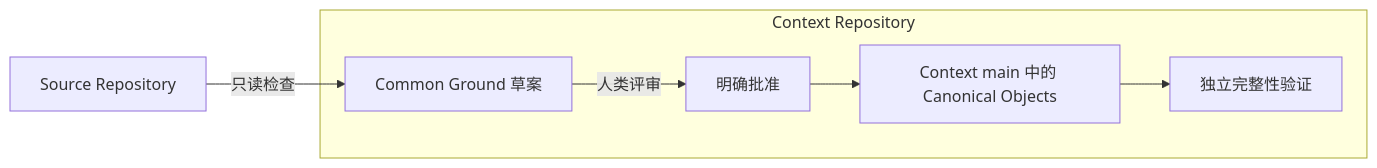
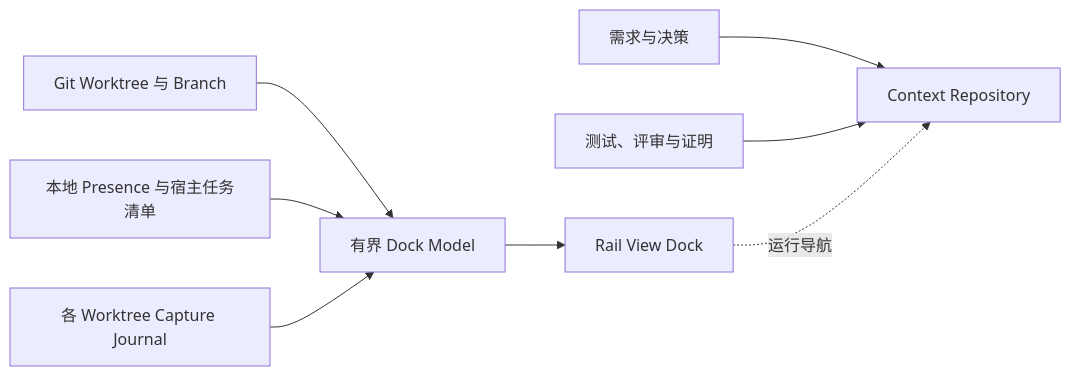
One commit to DylanZhangzzz/DevMap changed the diagram in README.zh-CN.md. Above: the diagram before and after it, drawn with Mermaid. The commit also changed other lines of this file and 1 other file, not shown here.

````diff
--- a/README.zh-CN.md
+++ b/README.zh-CN.md
@@ -47,14 +49,12 @@
 ```mermaid
 flowchart LR
-    S[Source Repository] -->|只读检查| D[Common Ground 草案]
-    D -->|人类评审| A[明确批准]
-    A --> C[Context main 中的 Canonical Objects]
-    C --> V[独立完整性验证]
+    G[Git Worktree 与 Branch] --> M[有界 Dock Model]
+    P[本地 Presence 与宿主任务清单] --> M
+    J[各 Worktree Capture Journal] --> M
+    M --> D[Rail View Dock]
 
-    subgraph Context Repository
-        D
-        A
-        C
-        V
-    end
+    R[需求与决策] --> C[Context Repository]
+    E[测试、评审与证明] --> C
+
+    D -. 运行导航 .-> C
 ```
````
